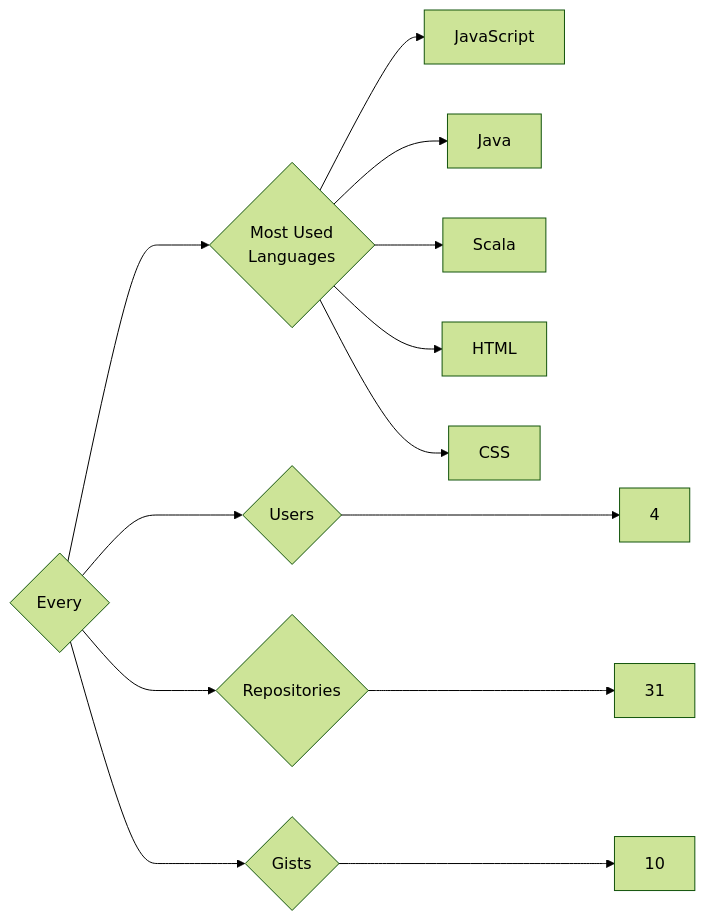
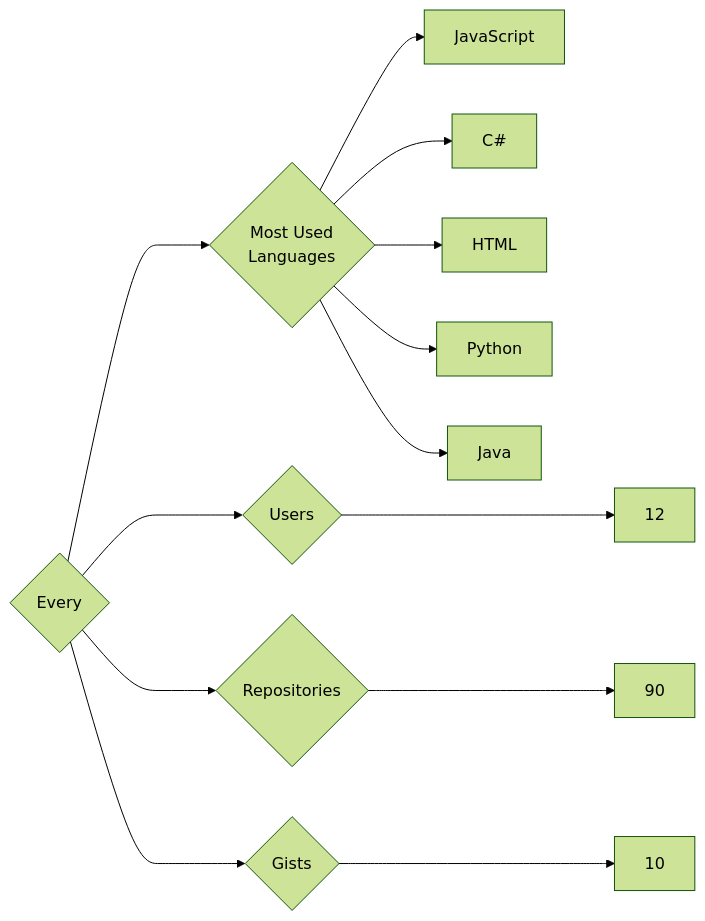
One commit to trickest/insiders changed the diagram in targets/Every/README.md. Above: the diagram before and after it, drawn with Mermaid (forest theme). The commit also changed 998 other files, not shown here.

````diff
--- a/targets/Every/README.md
+++ b/targets/Every/README.md
@@ -3,13 +3,13 @@
 ```mermaid
 graph LR
 COMPANY_NAME{Every}
-COMPANY_NAME ---> U{Users} ---> UN[4]
-COMPANY_NAME ---> R{Repositories} ---> RN[31]
+COMPANY_NAME ---> U{Users} ---> UN[12]
+COMPANY_NAME ---> R{Repositories} ---> RN[90]
 COMPANY_NAME ---> G{Gists} ---> GN[10]
 COMPANY_NAME ---> ML{Most Used<br>Languages}
 ML --> JavaScript[JavaScript]
+ML --> C#[C#]
+ML --> HTML[HTML]
+ML --> Python[Python]
 ML --> Java[Java]
-ML --> Scala[Scala]
-ML --> HTML[HTML]
-ML --> CSS[CSS]
 ```
````
